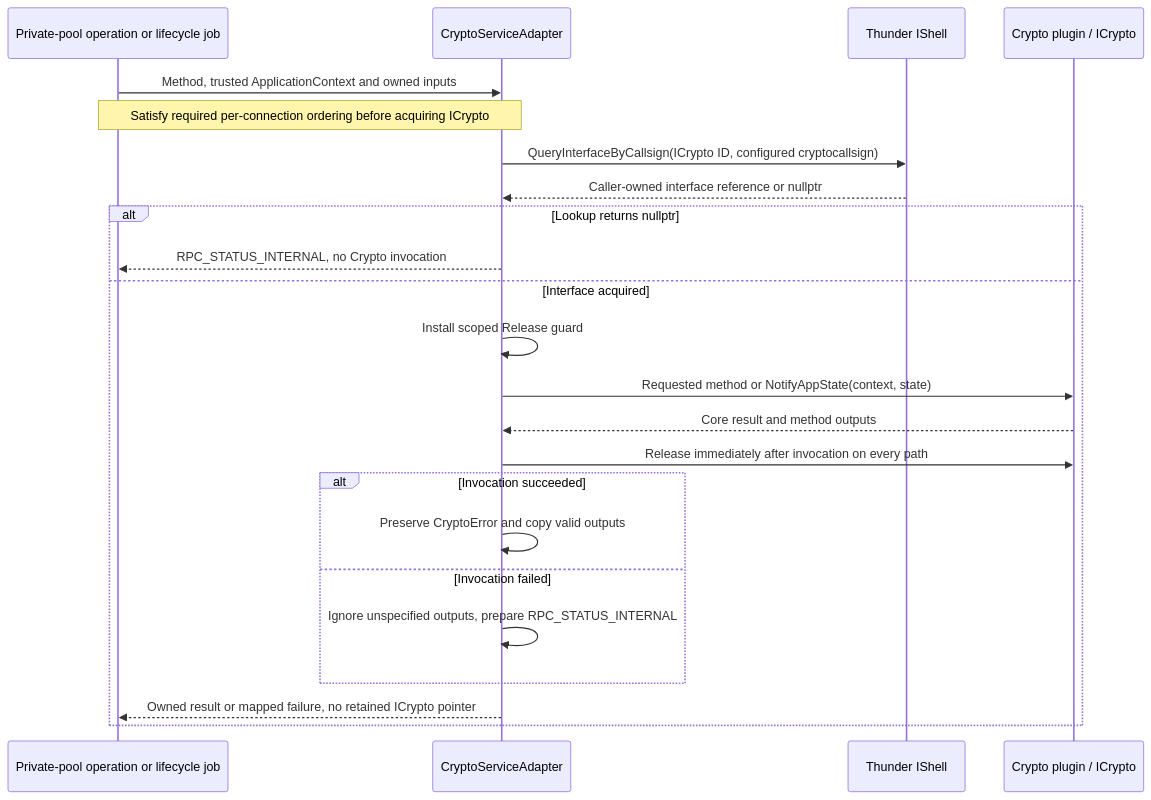
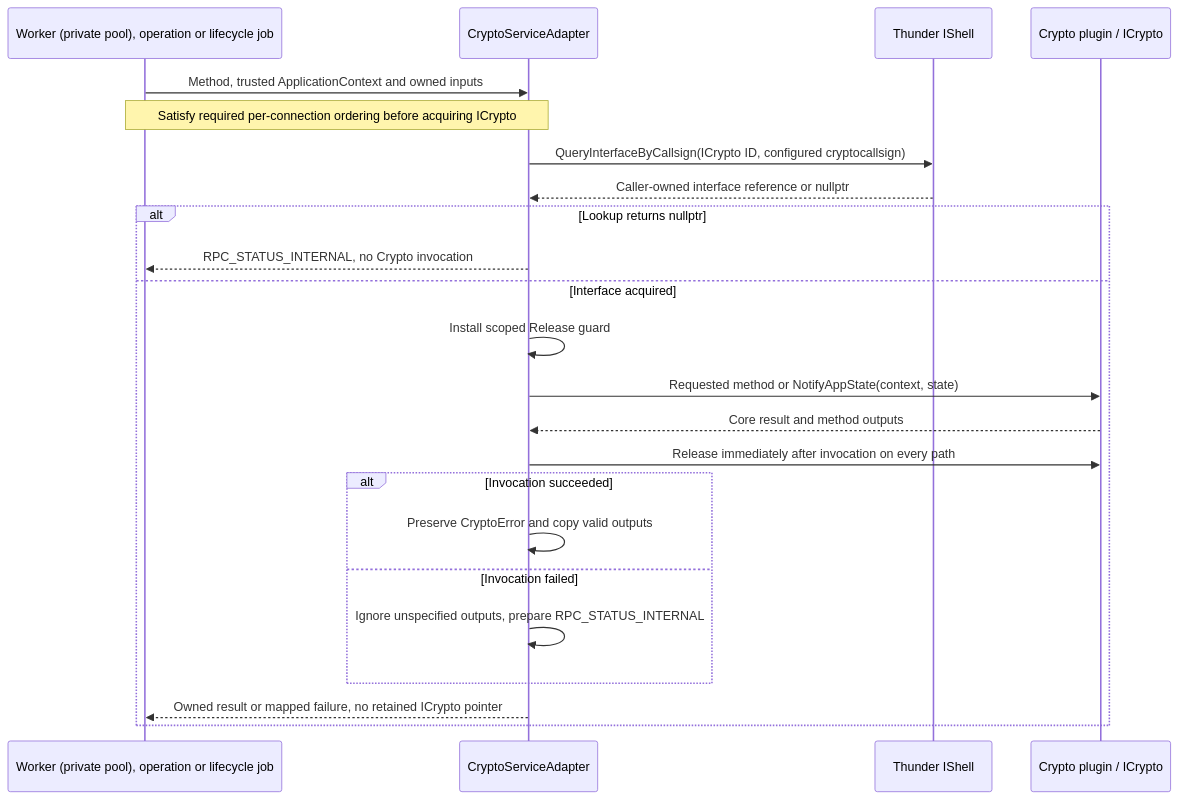
One commit to rdkcentral/eyil-secure-gateway changed the fifth of 19 diagrams in doc/EyilGateway.md. Above: the diagram before and after it, drawn with Mermaid. The commit also changed other lines of this file and 1 other file, not shown here.

Commit message:
RDKEMW-27976: Fix UML charts

````diff
--- a/doc/EyilGateway.md
+++ b/doc/EyilGateway.md
@@ -868,25 +875,25 @@
 ```mermaid
 sequenceDiagram
-    participant J as Private-pool operation or lifecycle job
+    participant J as Worker (private pool), operation or lifecycle job
     participant A as CryptoServiceAdapter
     participant T as Thunder IShell
     participant C as Crypto plugin / ICrypto
     J->>A: Method, trusted ApplicationContext and owned inputs
     Note over J,A: Satisfy required per-connection ordering before acquiring ICrypto
     A->>T: QueryInterfaceByCallsign(ICrypto ID, configured cryptocallsign)
     T-->>A: Caller-owned interface reference or nullptr
     alt Lookup returns nullptr
         A-->>J: RPC_STATUS_INTERNAL, no Crypto invocation
     else Interface acquired
         A->>A: Install scoped Release guard
         A->>C: Requested method or NotifyAppState(context, state)
         C-->>A: Core result and method outputs
         A->>C: Release immediately after invocation on every path
         alt Invocation succeeded
             A->>A: Preserve CryptoError and copy valid outputs
         else Invocation failed
             A->>A: Ignore unspecified outputs, prepare RPC_STATUS_INTERNAL
         end
         A-->>J: Owned result or mapped failure, no retained ICrypto pointer
     end
 ```
````
